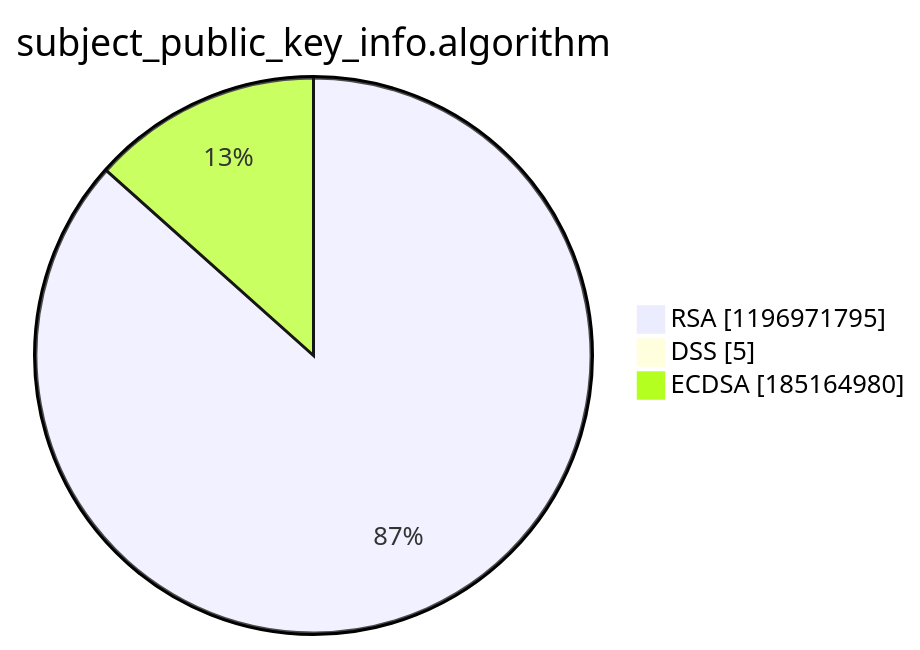
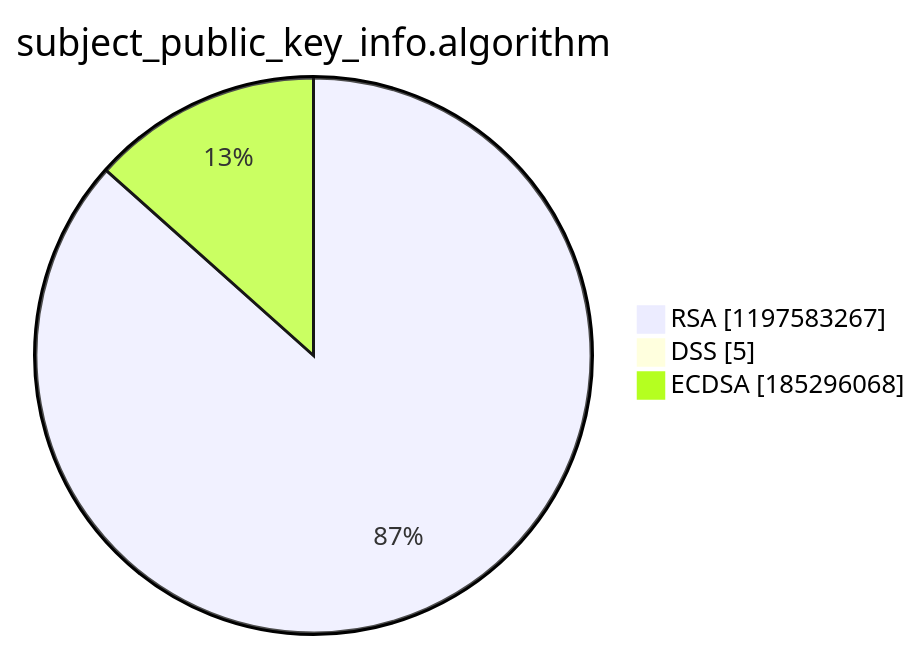
Before and after one commit to christiankrug/ctmonitor_visualization: the third of 15 diagrams in argon2022/README.md, drawn with Mermaid. The commit also changed other lines of this file, not shown here.

````diff
--- a/argon2022/README.md
+++ b/argon2022/README.md
@@ -14,7 +14,7 @@
 ```mermaid
 pie showData
 title subject_public_key_info.algorithm
-"RSA" :1196971795
+"RSA" :1197583267
 "DSS" :5
-"ECDSA" :185164980
+"ECDSA" :185296068
 ```
````
